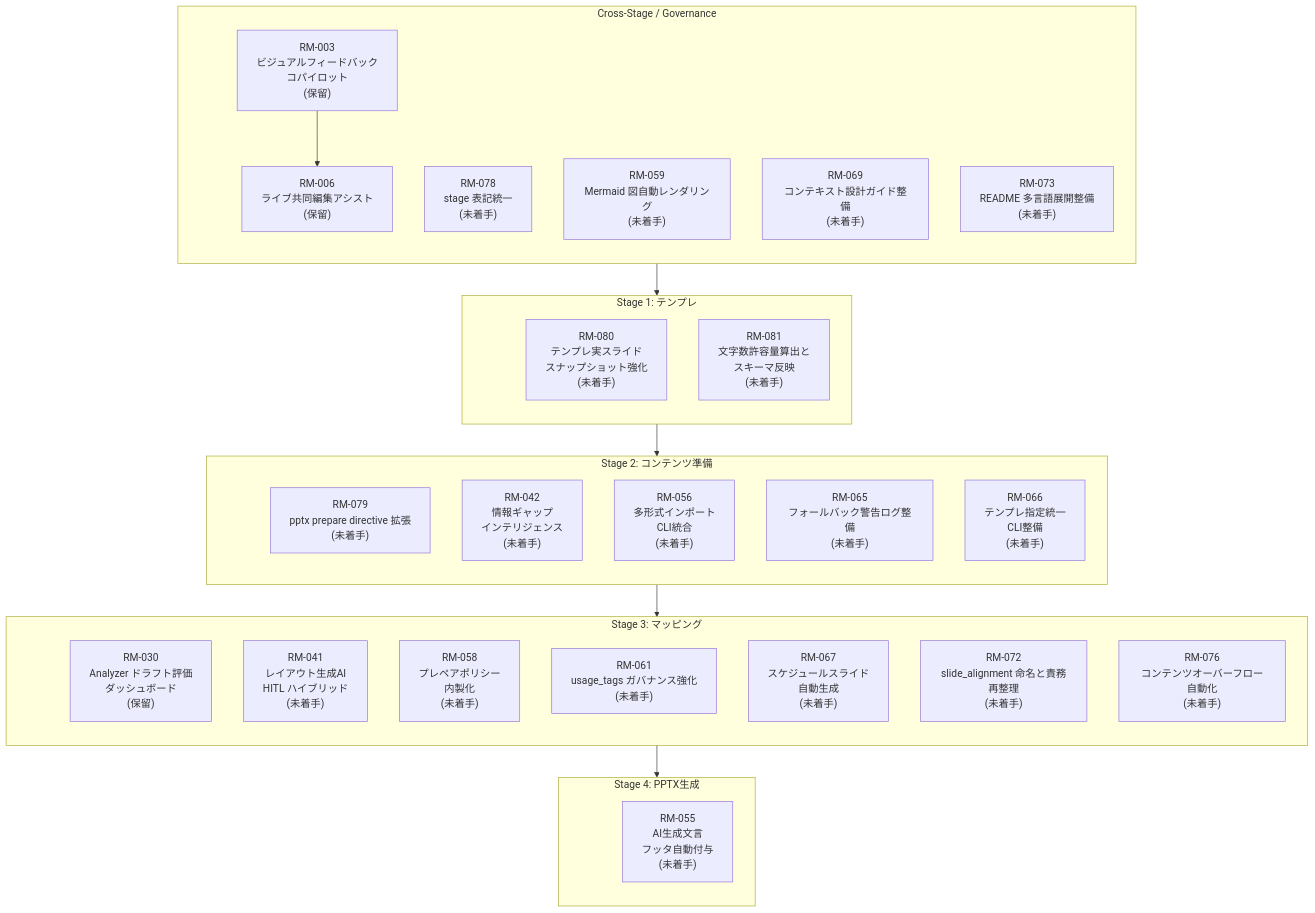
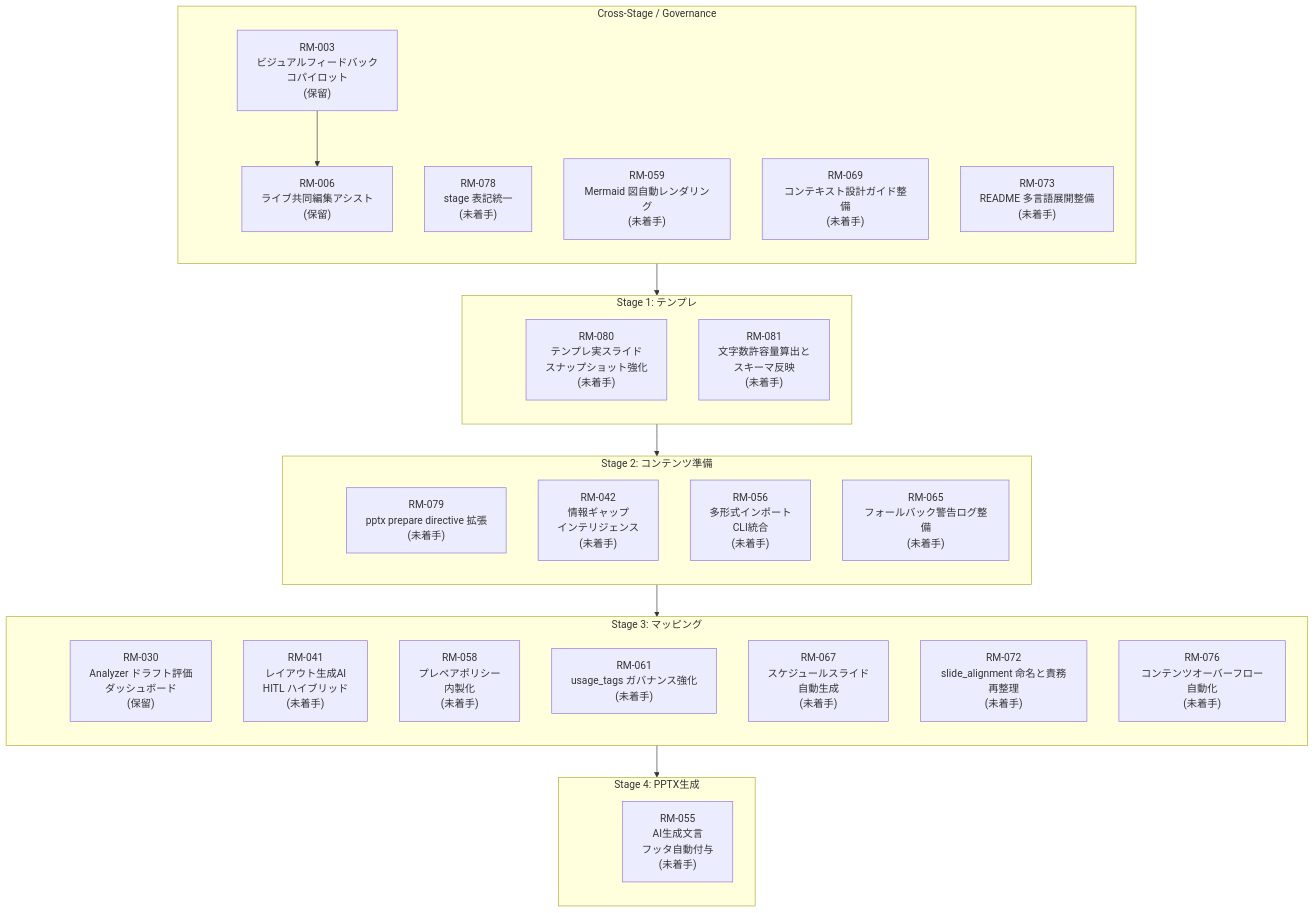
The diagram in docs/roadmap/roadmap.md (yurake/pptx_generator), drawn with Mermaid before and after one commit. The commit also changed other lines of this file and 1 other file, not shown here.

````diff
--- a/docs/roadmap/roadmap.md
+++ b/docs/roadmap/roadmap.md
@@ -25,58 +25,57 @@
 ```mermaid
 flowchart TB
     subgraph GOV["Cross-Stage / Governance"]
         direction TB
         GOV_ANCHOR(( ))
         RM078["RM-078<br/>stage 表記統一<br/>(未着手)"]
         RM003["RM-003<br/>ビジュアルフィードバック<br/>コパイロット<br/>(保留)"]
         RM006["RM-006<br/>ライブ共同編集アシスト<br/>(保留)"]
         RM059["RM-059<br/>Mermaid 図自動レンダリング<br/>(未着手)"]
         RM069["RM-069<br/>コンテキスト設計ガイド整備<br/>(未着手)"]
         RM073["RM-073<br/>README 多言語展開整備<br/>(未着手)"]
     end
 
     subgraph ST1["Stage 1: テンプレ"]
         direction TB
         ST1_ANCHOR(( ))
         RM080["RM-080<br/>テンプレ実スライド<br/>スナップショット強化<br/>(未着手)"]
         RM081["RM-081<br/>文字数許容量算出と<br/>スキーマ反映<br/>(未着手)"]
     end
 
     subgraph ST2["Stage 2: コンテンツ準備"]
         direction TB
         ST2_ANCHOR(( ))
         RM079["RM-079<br/>pptx prepare directive 拡張<br/>(未着手)"]
         RM042["RM-042<br/>情報ギャップ<br/>インテリジェンス<br/>(未着手)"]
         RM056["RM-056<br/>多形式インポート<br/>CLI統合<br/>(未着手)"]
         RM065["RM-065<br/>フォールバック警告ログ整備<br/>(未着手)"]
-        RM066["RM-066<br/>テンプレ指定統一<br/>CLI整備<br/>(未着手)"]
     end
 
     subgraph ST3["Stage 3: マッピング"]
         direction TB
         ST3_ANCHOR(( ))
         RM030["RM-030<br/>Analyzer ドラフト評価<br/>ダッシュボード<br/>(保留)"]
         RM041["RM-041<br/>レイアウト生成AI<br/>HITL ハイブリッド<br/>(未着手)"]
         RM058["RM-058<br/>プレペアポリシー<br/>内製化<br/>(未着手)"]
         RM061["RM-061<br/>usage_tags ガバナンス強化<br/>(未着手)"]
         RM067["RM-067<br/>スケジュールスライド<br/>自動生成<br/>(未着手)"]
         RM072["RM-072<br/>slide_alignment 命名と責務再整理<br/>(未着手)"]
         RM076["RM-076<br/>コンテンツオーバーフロー自動化<br/>(未着手)"]
     end
 
     subgraph ST4["Stage 4: PPTX生成"]
         direction TB
         ST4_ANCHOR(( ))
         RM055["RM-055<br/>AI生成文言<br/>フッタ自動付与<br/>(未着手)"]
     end
 
     style GOV_ANCHOR fill:transparent,stroke:transparent
     style ST1_ANCHOR fill:transparent,stroke:transparent
     style ST2_ANCHOR fill:transparent,stroke:transparent
     style ST3_ANCHOR fill:transparent,stroke:transparent
     style ST4_ANCHOR fill:transparent,stroke:transparent
 
     GOV_ANCHOR --> ST1_ANCHOR --> ST2_ANCHOR --> ST3_ANCHOR --> ST4_ANCHOR
 
     RM003 --> RM006
 ```
````
